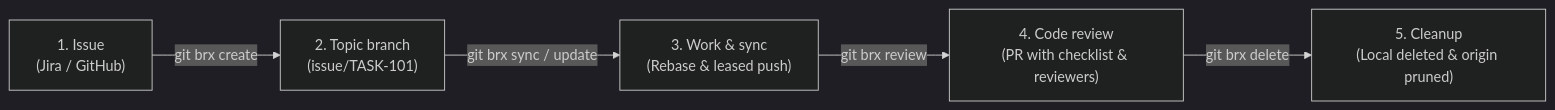
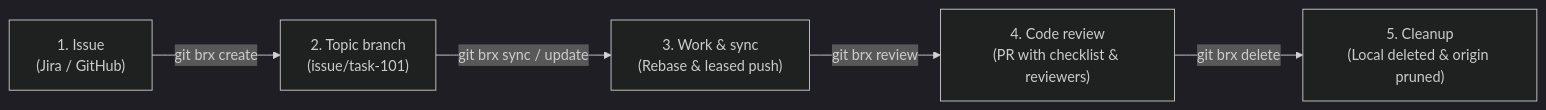
One commit to bvarnai/git-brx changed the diagram in README.md. Above: the diagram before and after it, drawn with Mermaid (dark theme). The commit also changed other lines of this file and 3 other files, not shown here.

Commit message:
docs(guides): refine why git-brx section and lowercase task-101

````diff
--- a/README.md
+++ b/README.md
@@ -65,7 +65,7 @@
 ```mermaid
 flowchart LR
-    A["1. Issue<br/>(Jira / GitHub)"] -->|"git brx create"| B["2. Topic branch<br/>(issue/TASK-101)"]
+    A["1. Issue<br/>(Jira / GitHub)"] -->|"git brx create"| B["2. Topic branch<br/>(issue/task-101)"]
     B -->|"git brx sync / update"| C["3. Work & sync<br/>(Rebase & leased push)"]
     C -->|"git brx review"| D["4. Code review<br/>(PR with checklist & reviewers)"]
     D -->|"git brx delete"| E["5. Cleanup<br/>(Local deleted & origin pruned)"]
 ```
````
